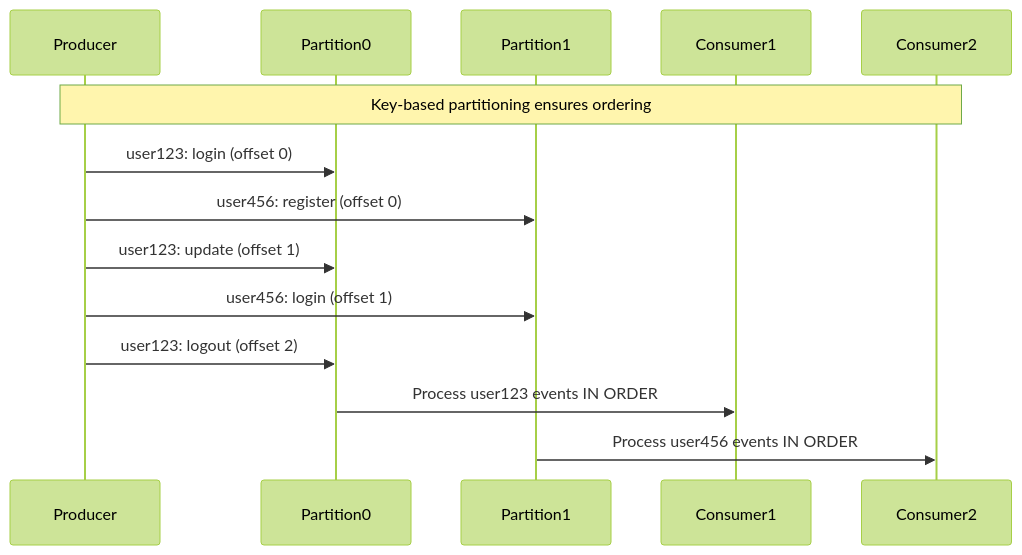
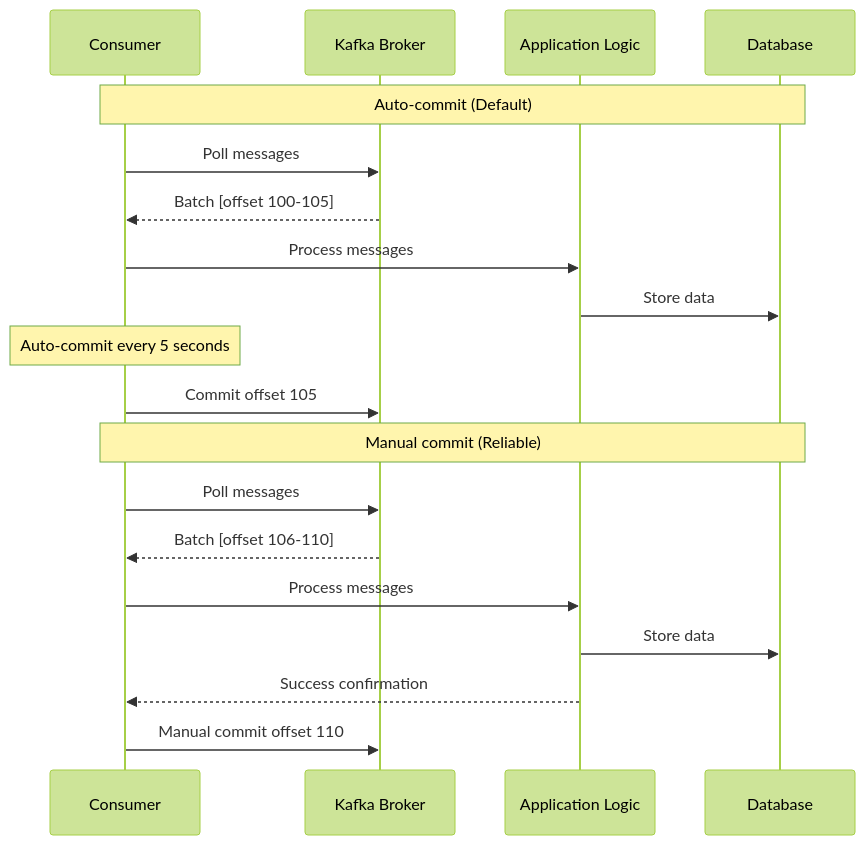
The fifth of 9 diagrams in class/modules/lesson_4/concept.md (vorrawut/KafkaStarter), drawn with Mermaid (forest theme) before and after one commit. The commit also changed other lines of this file and 19 other files, not shown here.

````diff
--- a/class/modules/lesson_4/concept.md
+++ b/class/modules/lesson_4/concept.md
@@ -108,19 +237,23 @@
 ```mermaid
 sequenceDiagram
-    participant Producer
-    participant Partition0
-    participant Partition1
-    participant Consumer1
-    participant Consumer2
-
-    Note over Producer,Consumer2: Key-based partitioning ensures ordering
-
-    Producer->>Partition0: user123: login (offset 0)
-    Producer->>Partition1: user456: register (offset 0)
-    Producer->>Partition0: user123: update (offset 1)
-    Producer->>Partition1: user456: login (offset 1)
-    Producer->>Partition0: user123: logout (offset 2)
-
-    Partition0->>Consumer1: Process user123 events IN ORDER
-    Partition1->>Consumer2: Process user456 events IN ORDER
+    participant C as Consumer
+    participant K as Kafka Broker
+    participant A as Application Logic
+    participant DB as Database
+    
+    Note over C,DB: Auto-commit (Default)
+    C->>K: Poll messages
+    K-->>C: Batch [offset 100-105]
+    C->>A: Process messages
+    A->>DB: Store data
+    Note over C: Auto-commit every 5 seconds
+    C->>K: Commit offset 105
+    
+    Note over C,DB: Manual commit (Reliable)
+    C->>K: Poll messages  
+    K-->>C: Batch [offset 106-110]
+    C->>A: Process messages
+    A->>DB: Store data
+    A-->>C: Success confirmation
+    C->>K: Manual commit offset 110
 ```
````
